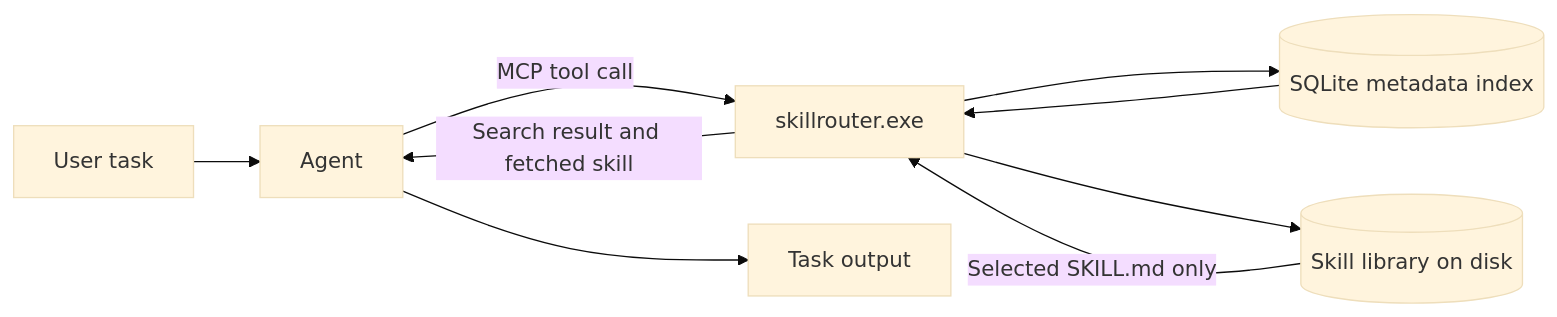
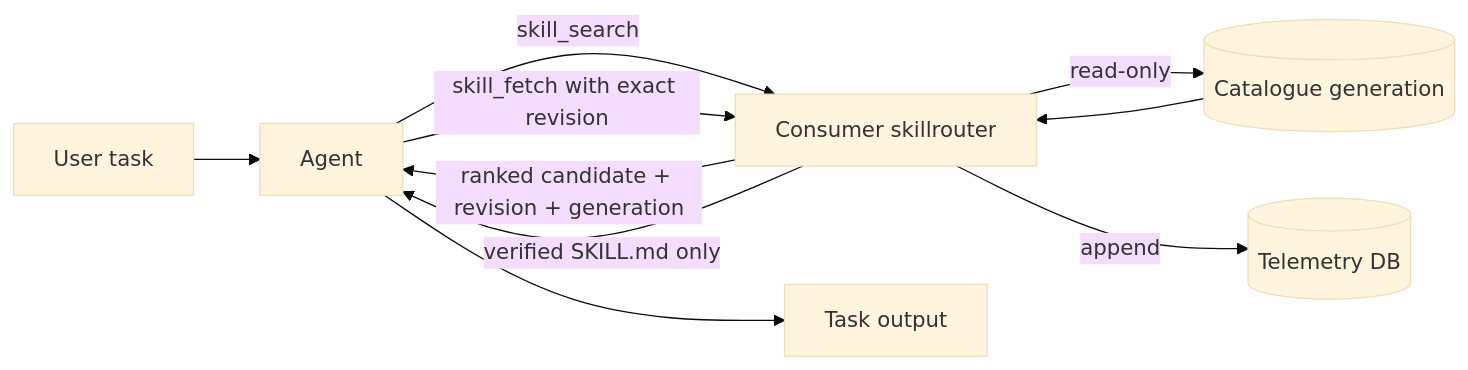
Before and after one commit to moritzketzer/skill-router: the first of 6 diagrams in docs/INTEGRATION_PATTERNS.md, drawn with Mermaid (base theme). The commit also changed other lines of this file and 17 other files, not shown here.

First line of the commit message:
Make ranking and skill revision contracts explicit (#1)

````diff
--- a/docs/INTEGRATION_PATTERNS.md
+++ b/docs/INTEGRATION_PATTERNS.md
@@ -15,11 +20,12 @@
 ```mermaid
 flowchart LR
     U[User task] --> A[Agent]
-    A -->|MCP tool call| R[skillrouter.exe]
-    R --> I[(SQLite metadata index)]
-    R --> L[(Skill library on disk)]
-    I --> R
-    L -->|Selected SKILL.md only| R
-    R -->|Search result and fetched skill| A
+    A -->|skill_search| R[Consumer skillrouter]
+    R -->|read-only| C[(Catalogue generation)]
+    R -->|append| T[(Telemetry DB)]
+    C --> R
+    R -->|ranked candidate + revision + generation| A
+    A -->|skill_fetch with exact revision| R
+    R -->|verified SKILL.md only| A
     A --> O[Task output]
 ```
````
